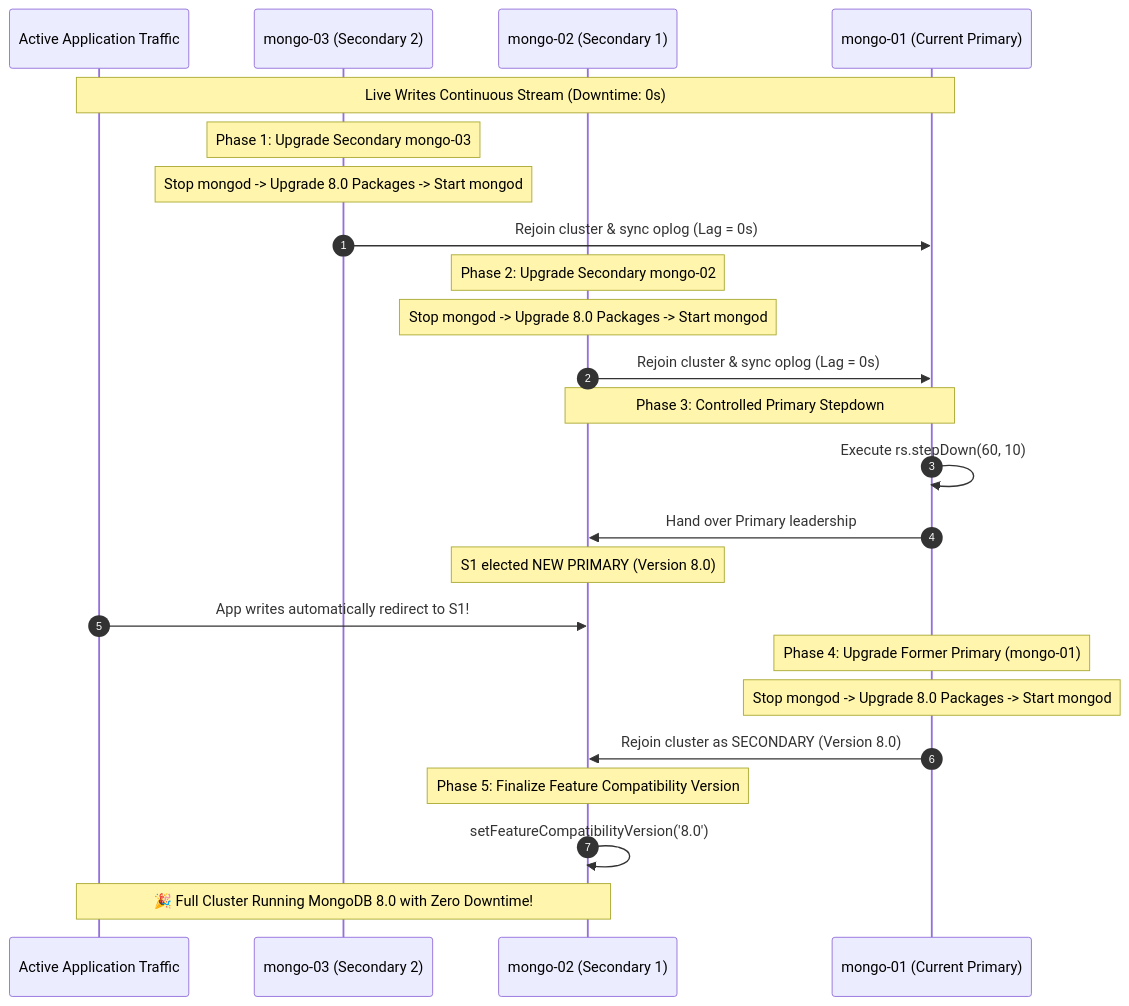
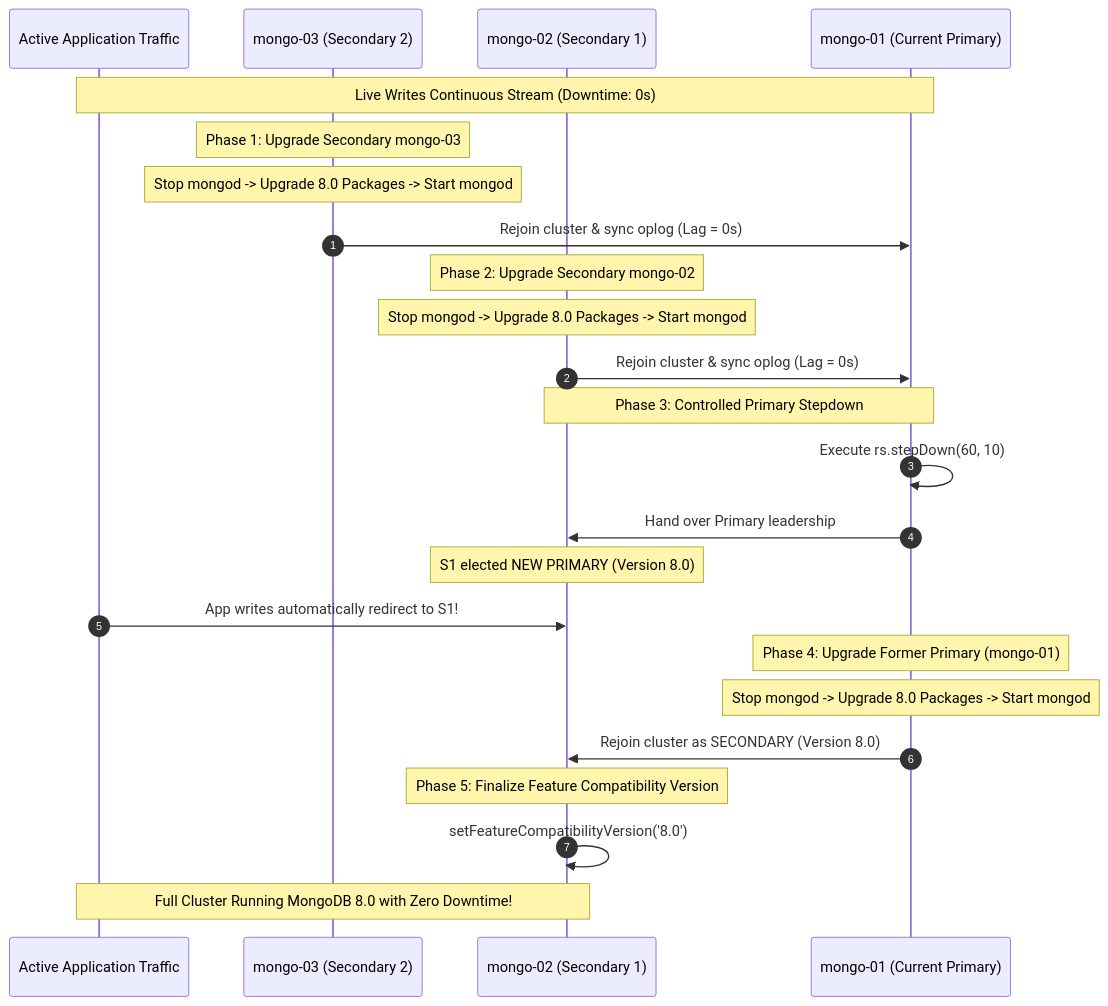
One commit to fahimahammed/db-house changed the sixth of 6 diagrams in mongodb-enterprise-cluster/README.md. Above: the diagram before and after it, drawn with Mermaid. The commit also changed other lines of this file and 1 other file, not shown here.

Commit message:
feat: Update README to simplify system architecture section and replace diagram with image

````diff
--- a/mongodb-enterprise-cluster/README.md
+++ b/mongodb-enterprise-cluster/README.md
@@ -260,32 +200,32 @@
 ```mermaid
 sequenceDiagram
     autonumber
     participant App as Active Application Traffic
     participant S2 as mongo-03 (Secondary 2)
     participant S1 as mongo-02 (Secondary 1)
     participant P as mongo-01 (Current Primary)
 
     Note over App,P: Live Writes Continuous Stream (Downtime: 0s)
     
     Note over S2: Phase 1: Upgrade Secondary mongo-03
     Note over S2: Stop mongod -> Upgrade 8.0 Packages -> Start mongod
     S2->>P: Rejoin cluster & sync oplog (Lag = 0s)
 
     Note over S1: Phase 2: Upgrade Secondary mongo-02
     Note over S1: Stop mongod -> Upgrade 8.0 Packages -> Start mongod
     S1->>P: Rejoin cluster & sync oplog (Lag = 0s)
 
     Note over P,S1: Phase 3: Controlled Primary Stepdown
     P->>P: Execute rs.stepDown(60, 10)
     P->>S1: Hand over Primary leadership
     Note over S1: S1 elected NEW PRIMARY (Version 8.0)
     App->>S1: App writes automatically redirect to S1!
 
     Note over P: Phase 4: Upgrade Former Primary (mongo-01)
     Note over P: Stop mongod -> Upgrade 8.0 Packages -> Start mongod
     P->>S1: Rejoin cluster as SECONDARY (Version 8.0)
 
     Note over S1: Phase 5: Finalize Feature Compatibility Version
     S1->>S1: setFeatureCompatibilityVersion('8.0')
-    Note over App,S1: 🎉 Full Cluster Running MongoDB 8.0 with Zero Downtime!
+    Note over App,S1: Full Cluster Running MongoDB 8.0 with Zero Downtime!
 ```
````
